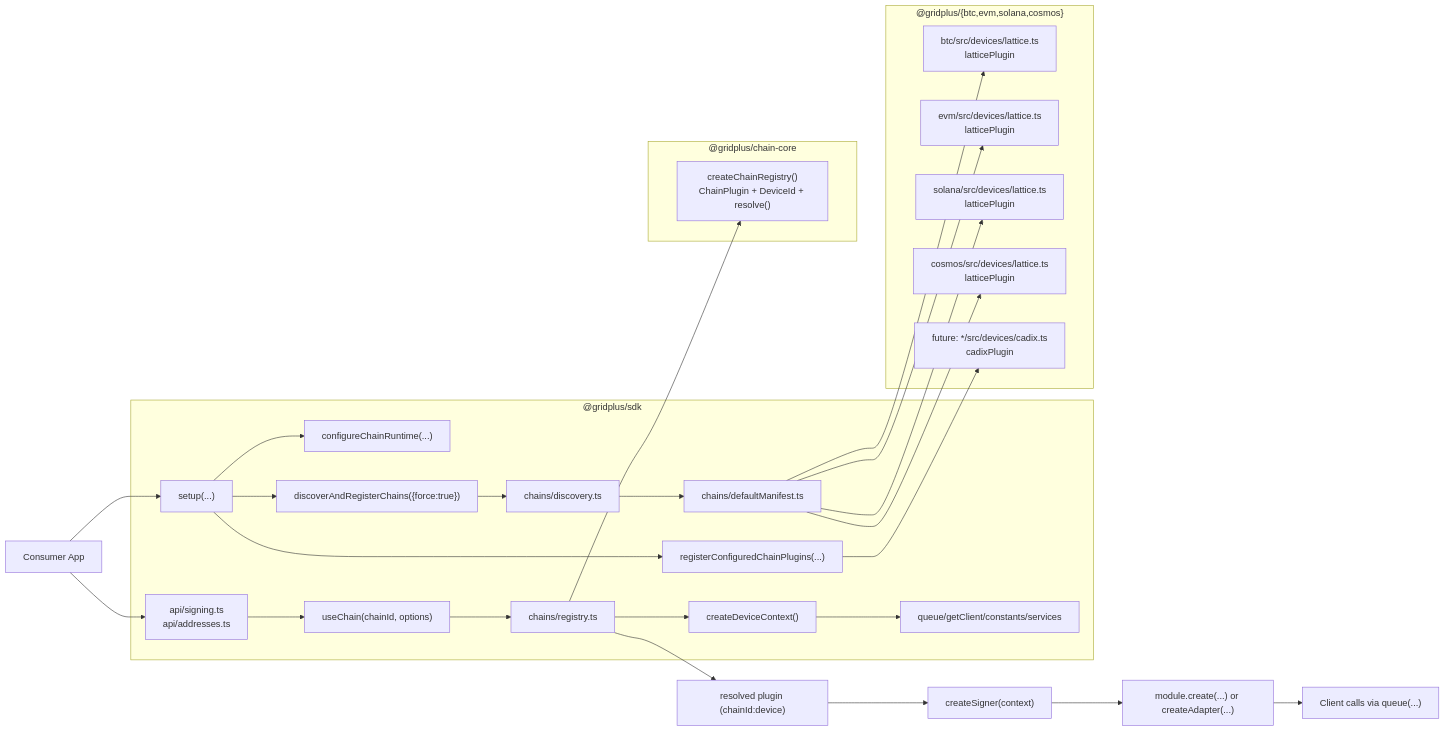
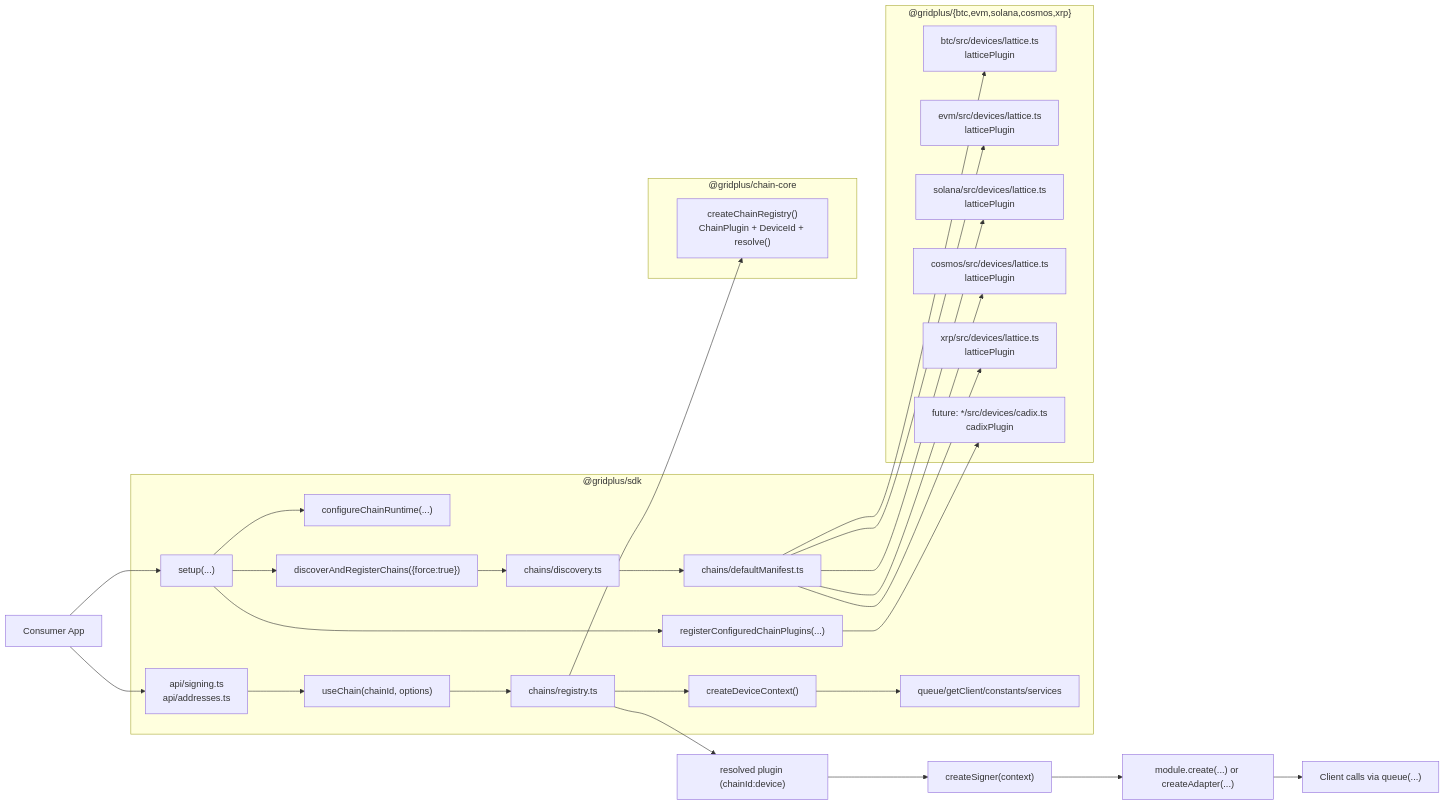
Before and after one commit to GridPlus/gridplus-sdk: the first of 3 diagrams in packages/chains/chain-registry-architecture.md, drawn with Mermaid. The commit also changed other lines of this file and 32 other files, not shown here.

````diff
--- a/packages/chains/chain-registry-architecture.md
+++ b/packages/chains/chain-registry-architecture.md
@@ -5,41 +5,43 @@
 ```mermaid
 flowchart LR
     App["Consumer App"] --> Setup["setup(...)"]
     App --> Helpers["api/signing.ts\napi/addresses.ts"]
 
     subgraph SDK["@gridplus/sdk"]
       Setup --> RuntimeCfg["configureChainRuntime(...)"]
       Setup --> DiscoverCall["discoverAndRegisterChains({force:true})"]
       Setup --> CustomReg["registerConfiguredChainPlugins(...)"]
       Helpers --> UseChain["useChain(chainId, options)"]
       UseChain --> Registry["chains/registry.ts"]
       Registry --> Ctx["createDeviceContext()"]
       Ctx --> Runtime["queue/getClient/constants/services"]
       DiscoverCall --> Discovery["chains/discovery.ts"]
       Discovery --> Manifest["chains/defaultManifest.ts"]
     end
 
     subgraph Core["@gridplus/chain-core"]
       CoreRegistry["createChainRegistry()\nChainPlugin + DeviceId + resolve()"]
     end
 
-    subgraph Chains["@gridplus/{btc,evm,solana,cosmos}"]
+    subgraph Chains["@gridplus/{btc,evm,solana,cosmos,xrp}"]
       Btc["btc/src/devices/lattice.ts\nlatticePlugin"]
       Evm["evm/src/devices/lattice.ts\nlatticePlugin"]
       Sol["solana/src/devices/lattice.ts\nlatticePlugin"]
       Cos["cosmos/src/devices/lattice.ts\nlatticePlugin"]
+      Xrp["xrp/src/devices/lattice.ts\nlatticePlugin"]
       Cadix["future: */src/devices/cadix.ts\ncadixPlugin"]
     end
 
     Registry --> CoreRegistry
     Manifest --> Btc
     Manifest --> Evm
     Manifest --> Sol
     Manifest --> Cos
+    Manifest --> Xrp
     CustomReg --> Cadix
 
     Registry --> Plugin["resolved plugin (chainId:device)"]
     Plugin --> Signer["createSigner(context)"]
     Signer --> Adapter["module.create(...) or createAdapter(...)"]
     Adapter --> Device["Client calls via queue(...)"]
 ```
````
